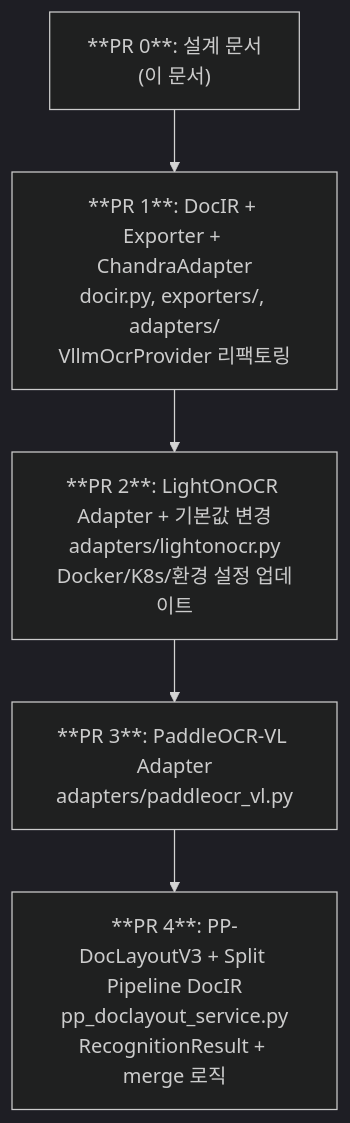
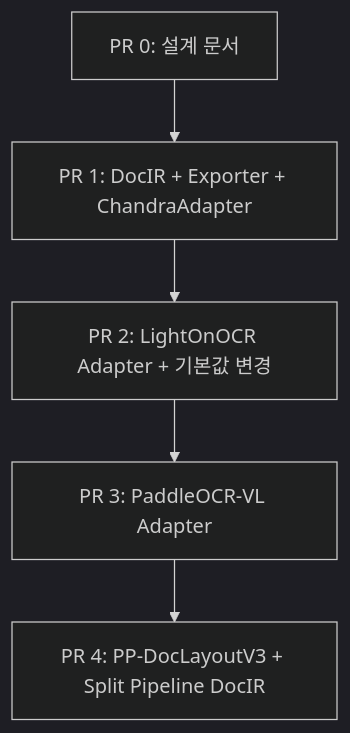
One commit to appleparan/saegim changed the seventh of 7 diagrams in docs/architecture/docir-architecture.md. Above: the diagram before and after it, drawn with Mermaid (dark theme). The commit also changed other lines of this file, not shown here.

First line of the commit message:
docs: fix mermaid node labels for GitHub compatibility

````diff
--- a/docs/architecture/docir-architecture.md
+++ b/docs/architecture/docir-architecture.md
@@ -552,10 +552,10 @@
 ```mermaid
 flowchart TD
-    PR0["**PR 0**: 설계 문서\n(이 문서)"]
-    PR1["**PR 1**: DocIR + Exporter + ChandraAdapter\ndocir.py, exporters/, adapters/\nVllmOcrProvider 리팩토링"]
-    PR2["**PR 2**: LightOnOCR Adapter + 기본값 변경\nadapters/lightonocr.py\nDocker/K8s/환경 설정 업데이트"]
-    PR3["**PR 3**: PaddleOCR-VL Adapter\nadapters/paddleocr_vl.py"]
-    PR4["**PR 4**: PP-DocLayoutV3 + Split Pipeline DocIR\npp_doclayout_service.py\nRecognitionResult + merge 로직"]
+    PR0["PR 0: 설계 문서"]
+    PR1["PR 1: DocIR + Exporter + ChandraAdapter"]
+    PR2["PR 2: LightOnOCR Adapter + 기본값 변경"]
+    PR3["PR 3: PaddleOCR-VL Adapter"]
+    PR4["PR 4: PP-DocLayoutV3 + Split Pipeline DocIR"]
 
     PR0 --> PR1 --> PR2 --> PR3 --> PR4
 ```
````
